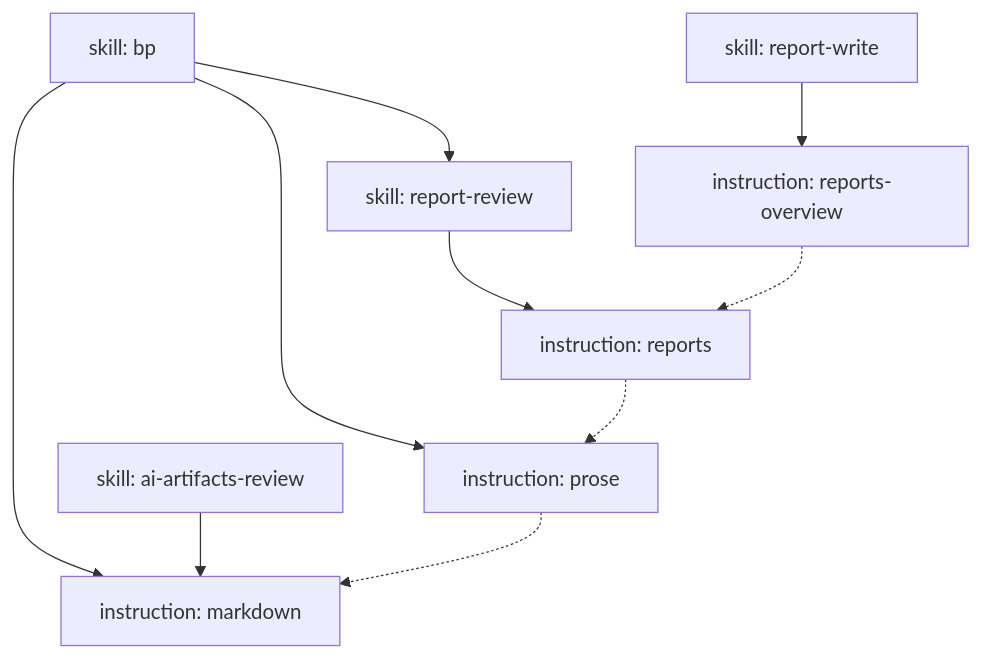
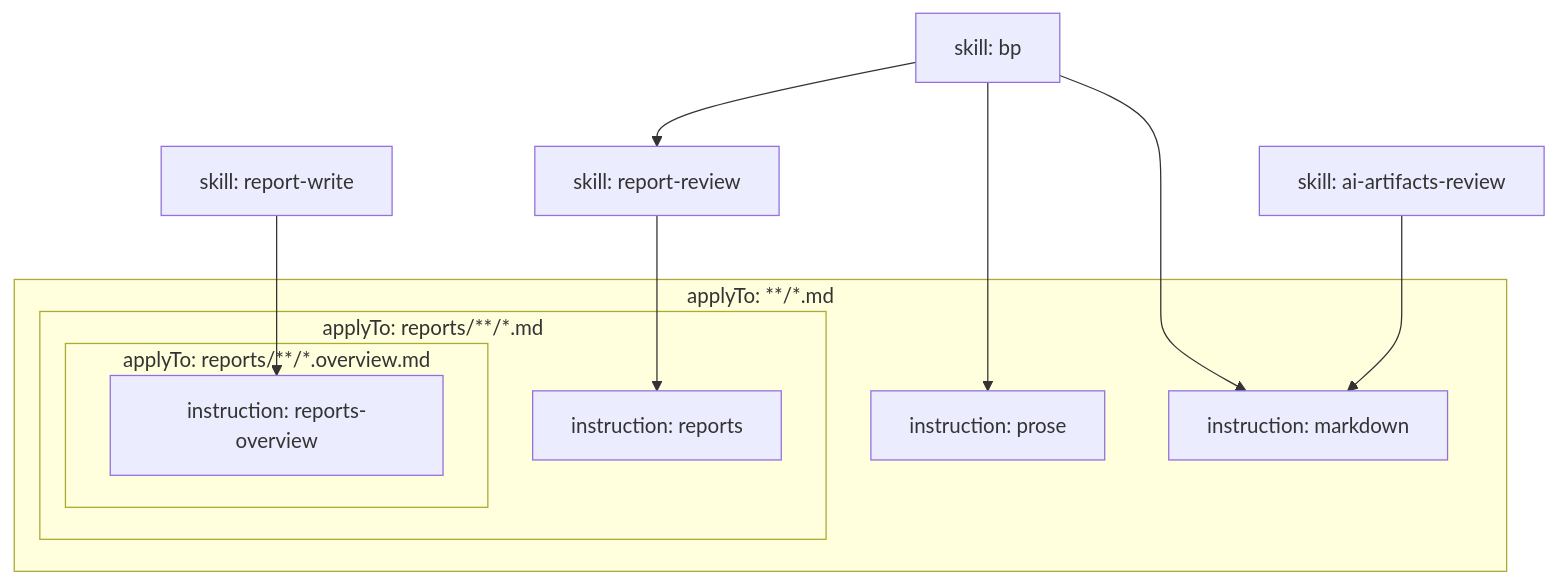
Before and after one commit to SavenkovIgor/railing: the diagram in README.md, drawn with Mermaid. The commit also changed other lines of this file, not shown here.

Commit message:
Show applyTo scopes as frames instead of dependency arrows
Claude-Session: https://claude.ai/code/session_01D7k67NntLk5LRZnd7f2ka9

````diff
--- a/README.md
+++ b/README.md
@@ -40,21 +40,25 @@
 ```mermaid
 flowchart TD
     BP["skill: bp"]
     RR["skill: report-review"]
     RW["skill: report-write"]
     AAR["skill: ai-artifacts-review"]
-    REP["instruction: reports"]
-    RO["instruction: reports-overview"]
-    PR["instruction: prose"]
-    MD["instruction: markdown"]
+
+    subgraph MDS["applyTo: **/*.md"]
+        PR["instruction: prose"]
+        MD["instruction: markdown"]
+        subgraph REPS["applyTo: reports/**/*.md"]
+            REP["instruction: reports"]
+            subgraph ROS["applyTo: reports/**/*.overview.md"]
+                RO["instruction: reports-overview"]
+            end
+        end
+    end
 
     BP --> RR
     BP --> PR
     BP --> MD
     RR --> REP
     RW --> RO
     AAR --> MD
-    RO -.-> REP
-    REP -.-> PR
-    PR -.-> MD
 ```
````
